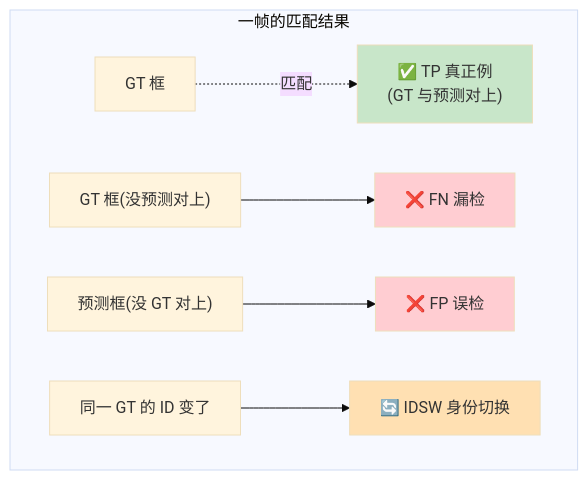
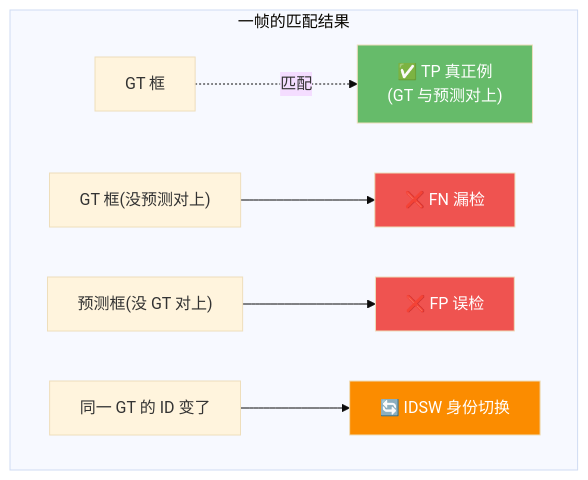
One commit to yyq19990828/onnxtools changed the second of 8 diagrams in docs/guides/tracking/metrics.md. Above: the diagram before and after it, drawn with Mermaid (base theme). The commit also changed other lines of this file and 12 other files, not shown here.

First line of the commit message:
fix(docs): 修复 mermaid 暗色模式配色 + 语法报错 + 数学公式渲染

````diff
--- a/docs/guides/tracking/metrics.md
+++ b/docs/guides/tracking/metrics.md
@@ -29,13 +29,13 @@
 ```mermaid
 graph TD
     subgraph 一帧的匹配结果
         GT["GT 框"] -.匹配.-> TP["✅ TP 真正例<br/>(GT 与预测对上)"]
         GT2["GT 框(没预测对上)"] --> FN["❌ FN 漏检"]
         PRED["预测框(没 GT 对上)"] --> FP["❌ FP 误检"]
         SW["同一 GT 的 ID 变了"] --> IDSW["🔄 IDSW 身份切换"]
     end
-    style TP fill:#c8e6c9
-    style FN fill:#ffcdd2
-    style FP fill:#ffcdd2
-    style IDSW fill:#ffe0b2
+    style TP fill:#66bb6a,color:#fff
+    style FN fill:#ef5350,color:#fff
+    style FP fill:#ef5350,color:#fff
+    style IDSW fill:#fb8c00,color:#fff
 ```
````
